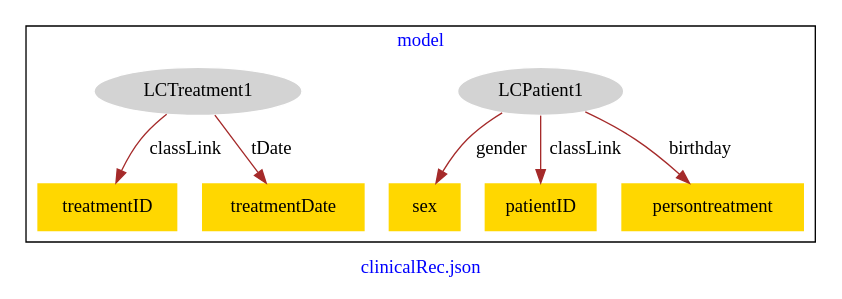
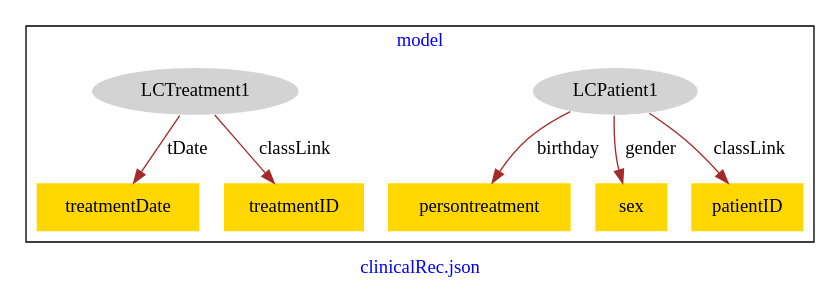
Before and after one commit to farahkarim/KarmaExample: the diagram in clinicalRec.json-model.dot, drawn with Graphviz.

Commit message:
Update file clinicalRec.json-model.dot

```diff
--- a/clinicalRec.json-model.dot
+++ b/clinicalRec.json-model.dot
@@ -1,20 +1,20 @@
 digraph n0 {
 fontcolor="blue"
 remincross="true"
 label="clinicalRec.json"
 subgraph cluster {
 label="model"
 n2[style="filled",color="white",fillcolor="lightgray",label="LCPatient1"];
-n3[shape="plaintext",style="filled",fillcolor="gold",label="sex"];
-n4[shape="plaintext",style="filled",fillcolor="gold",label="patientID"];
+n3[shape="plaintext",style="filled",fillcolor="gold",label="persontreatment"];
+n4[shape="plaintext",style="filled",fillcolor="gold",label="sex"];
 n5[style="filled",color="white",fillcolor="lightgray",label="LCTreatment1"];
-n6[shape="plaintext",style="filled",fillcolor="gold",label="treatmentID"];
-n7[shape="plaintext",style="filled",fillcolor="gold",label="treatmentDate"];
-n8[shape="plaintext",style="filled",fillcolor="gold",label="persontreatment"];
+n6[shape="plaintext",style="filled",fillcolor="gold",label="treatmentDate"];
+n7[shape="plaintext",style="filled",fillcolor="gold",label="patientID"];
+n8[shape="plaintext",style="filled",fillcolor="gold",label="treatmentID"];
 }
-n2 -> n3[color="brown",fontcolor="black",label="gender"]
-n2 -> n4[color="brown",fontcolor="black",label="classLink"]
-n5 -> n6[color="brown",fontcolor="black",label="classLink"]
-n5 -> n7[color="brown",fontcolor="black",label="tDate"]
-n2 -> n8[color="brown",fontcolor="black",label="birthday"]
+n2 -> n3[color="brown",fontcolor="black",label="birthday"]
+n2 -> n4[color="brown",fontcolor="black",label="gender"]
+n5 -> n6[color="brown",fontcolor="black",label="tDate"]
+n2 -> n7[color="brown",fontcolor="black",label="classLink"]
+n5 -> n8[color="brown",fontcolor="black",label="classLink"]
 }
```
